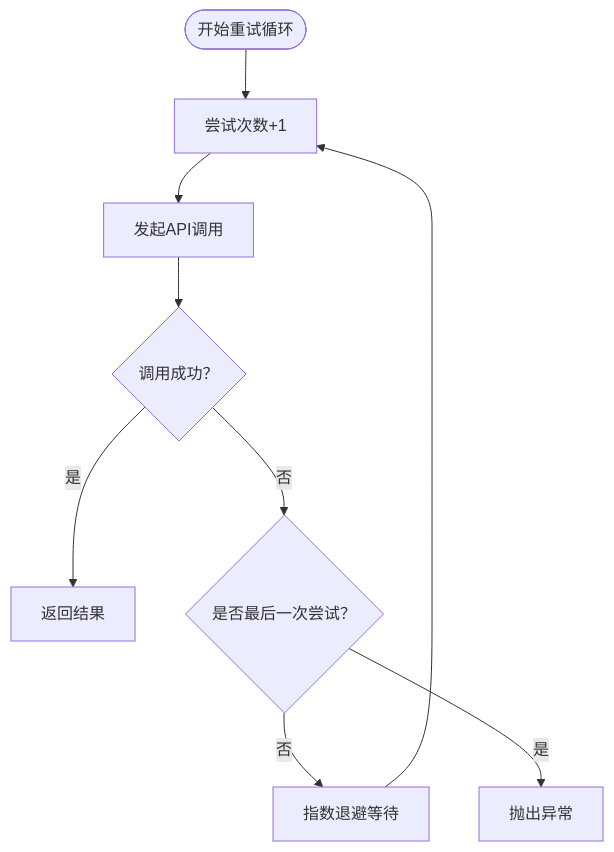
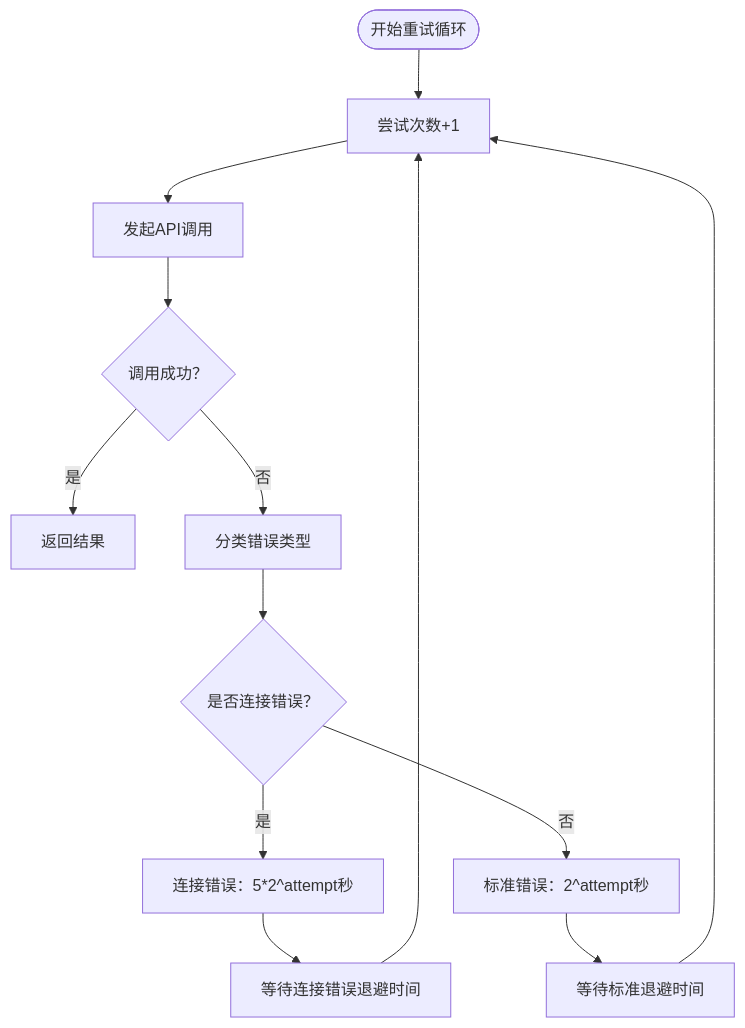
Before and after one commit to xfbyxq/ai-novel-system: the fifth of 7 diagrams in .qoder/repowiki/zh/content/LLM集成架构/LLM客户端封装.md, drawn with Mermaid. The commit also changed other lines of this file and 11 other files, not shown here.

````diff
--- a/.qoder/repowiki/zh/content/LLM集成架构/LLM客户端封装.md
+++ b/.qoder/repowiki/zh/content/LLM集成架构/LLM客户端封装.md
@@ -236,11 +252,15 @@
 ```mermaid
 flowchart TD
 Enter(["开始重试循环"]) --> Attempt["尝试次数+1"]
 Attempt --> CallAPI["发起API调用"]
 CallAPI --> Success{"调用成功？"}
 Success --> |是| ReturnOK["返回结果"]
-Success --> |否| IsLast{"是否最后一次尝试？"}
-IsLast --> |否| Backoff["指数退避等待"]
-Backoff --> Attempt
-IsLast --> |是| RaiseErr["抛出异常"]
+Success --> |否| Classify["分类错误类型"]
+Classify --> IsConn{"是否连接错误？"}
+IsConn --> |是| ConnDelay["连接错误：5*2^attempt秒"]
+IsConn --> |否| StdDelay["标准错误：2^attempt秒"]
+ConnDelay --> WaitConn["等待连接错误退避时间"]
+StdDelay --> WaitStd["等待标准退避时间"]
+WaitConn --> Attempt
+WaitStd --> Attempt
 ```
````
